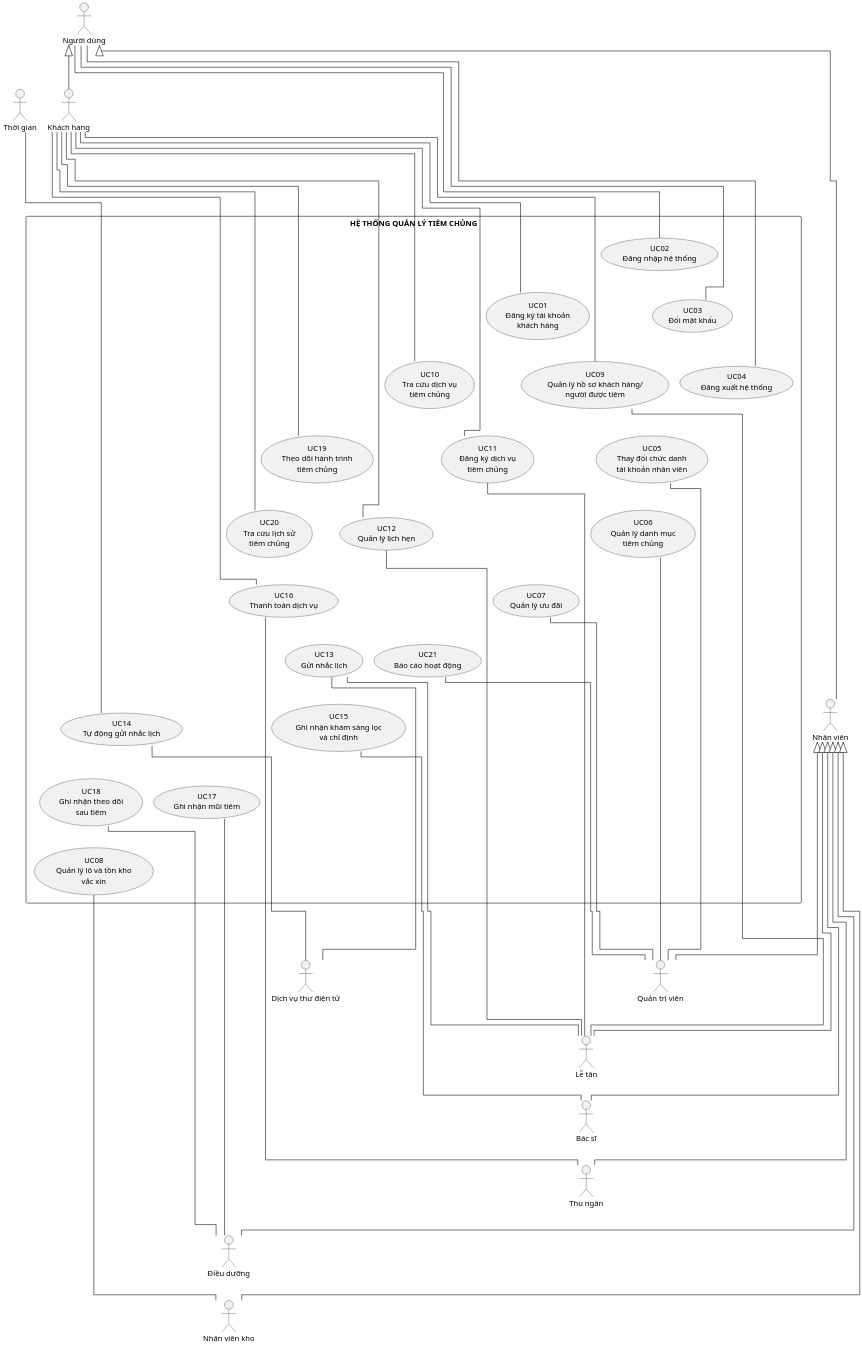
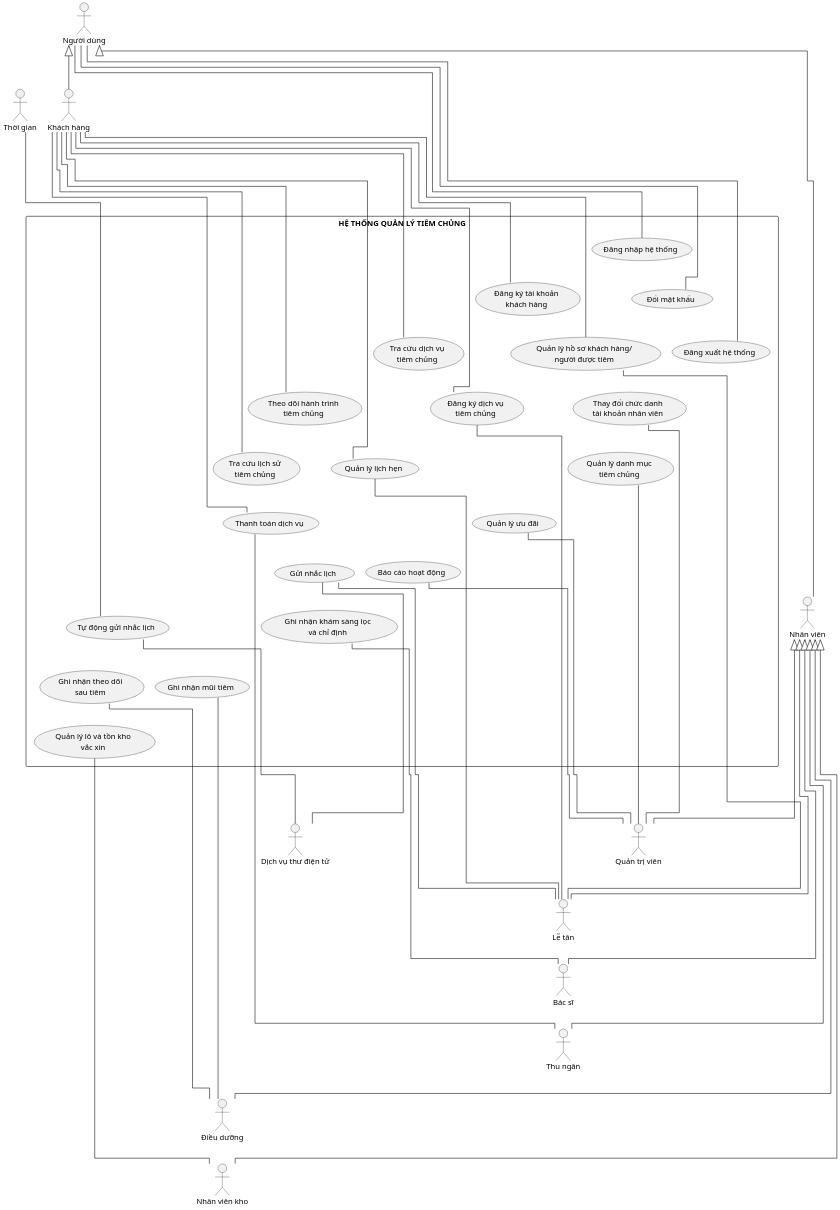
The diagram in docs/thesis/uml/Hinh_System_Use_Case_21UC_Full_Portrait.puml (datngo1203/KLCN-QuanLyTiemChung), drawn with PlantUML before and after one commit.

Commit message:
docs: hide UC codes in full overview labels

```diff
--- a/docs/thesis/uml/Hinh_System_Use_Case_21UC_Full_Portrait.puml
+++ b/docs/thesis/uml/Hinh_System_Use_Case_21UC_Full_Portrait.puml
@@ -1,158 +1,158 @@
 @startuml
 !pragma layout elk
 ' THESIS-R1 — full 21 System Use Case portrait prototype
 ' Semantic baseline: reconciliation v4, 21 UC / 27 direct associations / 8 actor generalizations.
 ' Presentation policy: show the full actor hierarchy; UC aliases remain for audit/traceability,
 ' while visible ellipse labels omit UC01..UC21 codes for thesis readability.
 ' Visual contract: A4 portrait, actor-centric fan-out, STRAIGHT-FIRST routing, no include/extend.
 
 skinparam monochrome true
 skinparam shadowing false
 skinparam backgroundColor white
 skinparam defaultFontName "Times New Roman"
 skinparam defaultFontSize 14
 skinparam ArrowColor black
 skinparam ActorBorderColor black
 skinparam UsecaseBorderColor black
 skinparam RectangleBorderColor black
 skinparam linetype ortho
 skinparam nodesep 28
 skinparam ranksep 34
 skinparam dpi 180
 skinparam packageStyle rectangle
 
 top to bottom direction
 
 actor "Người dùng" as User
 actor "Nhân viên" as Employee
 actor "Khách hàng" as Customer
 actor "Quản trị viên" as Admin
 actor "Lễ tân" as Reception
 actor "Bác sĩ" as Doctor
 actor "Thu ngân" as Cashier
 actor "Điều dưỡng" as Nurse
 actor "Nhân viên kho" as Warehouse
 actor "Thời gian" as Time
 actor "Dịch vụ thư điện tử" as Email
 
 rectangle "HỆ THỐNG QUẢN LÝ TIÊM CHỦNG" as SystemBoundary {
-  usecase "UC02\nĐăng nhập hệ thống" as UC02
-  usecase "UC03\nĐổi mật khẩu" as UC03
-  usecase "UC04\nĐăng xuất hệ thống" as UC04
+  usecase "Đăng nhập hệ thống" as UC02
+  usecase "Đổi mật khẩu" as UC03
+  usecase "Đăng xuất hệ thống" as UC04
 
-  usecase "UC01\nĐăng ký tài khoản\nkhách hàng" as UC01
-  usecase "UC09\nQuản lý hồ sơ khách hàng/\nngười được tiêm" as UC09
-  usecase "UC05\nThay đổi chức danh\ntài khoản nhân viên" as UC05
+  usecase "Đăng ký tài khoản\nkhách hàng" as UC01
+  usecase "Quản lý hồ sơ khách hàng/\nngười được tiêm" as UC09
+  usecase "Thay đổi chức danh\ntài khoản nhân viên" as UC05
 
-  usecase "UC10\nTra cứu dịch vụ\ntiêm chủng" as UC10
-  usecase "UC11\nĐăng ký dịch vụ\ntiêm chủng" as UC11
-  usecase "UC06\nQuản lý danh mục\ntiêm chủng" as UC06
+  usecase "Tra cứu dịch vụ\ntiêm chủng" as UC10
+  usecase "Đăng ký dịch vụ\ntiêm chủng" as UC11
+  usecase "Quản lý danh mục\ntiêm chủng" as UC06
 
-  usecase "UC19\nTheo dõi hành trình\ntiêm chủng" as UC19
-  usecase "UC12\nQuản lý lịch hẹn" as UC12
-  usecase "UC07\nQuản lý ưu đãi" as UC07
+  usecase "Theo dõi hành trình\ntiêm chủng" as UC19
+  usecase "Quản lý lịch hẹn" as UC12
+  usecase "Quản lý ưu đãi" as UC07
 
-  usecase "UC20\nTra cứu lịch sử\ntiêm chủng" as UC20
-  usecase "UC16\nThanh toán dịch vụ" as UC16
-  usecase "UC21\nBáo cáo hoạt động" as UC21
+  usecase "Tra cứu lịch sử\ntiêm chủng" as UC20
+  usecase "Thanh toán dịch vụ" as UC16
+  usecase "Báo cáo hoạt động" as UC21
 
-  usecase "UC13\nGửi nhắc lịch" as UC13
-  usecase "UC15\nGhi nhận khám sàng lọc\nvà chỉ định" as UC15
+  usecase "Gửi nhắc lịch" as UC13
+  usecase "Ghi nhận khám sàng lọc\nvà chỉ định" as UC15
 
-  usecase "UC14\nTự động gửi nhắc lịch" as UC14
-  usecase "UC17\nGhi nhận mũi tiêm" as UC17
+  usecase "Tự động gửi nhắc lịch" as UC14
+  usecase "Ghi nhận mũi tiêm" as UC17
 
-  usecase "UC18\nGhi nhận theo dõi\nsau tiêm" as UC18
-  usecase "UC08\nQuản lý lô và tồn kho\nvắc xin" as UC08
+  usecase "Ghi nhận theo dõi\nsau tiêm" as UC18
+  usecase "Quản lý lô và tồn kho\nvắc xin" as UC08
 
   ' Layout helpers only; no semantic meaning.
   UC02 -[hidden]right- UC03
   UC03 -[hidden]right- UC04
 
   UC01 -[hidden]right- UC09
   UC09 -[hidden]right- UC05
   UC10 -[hidden]right- UC11
   UC11 -[hidden]right- UC06
   UC19 -[hidden]right- UC12
   UC12 -[hidden]right- UC07
   UC20 -[hidden]right- UC16
   UC16 -[hidden]right- UC21
   UC13 -[hidden]right- UC15
   UC14 -[hidden]right- UC17
   UC18 -[hidden]right- UC08
 
   UC02 -[hidden]down- UC01
   UC01 -[hidden]down- UC10
   UC10 -[hidden]down- UC19
   UC19 -[hidden]down- UC20
   UC20 -[hidden]down- UC13
   UC13 -[hidden]down- UC14
   UC14 -[hidden]down- UC18
 
   UC03 -[hidden]down- UC09
   UC09 -[hidden]down- UC11
   UC11 -[hidden]down- UC12
   UC12 -[hidden]down- UC16
 
   UC04 -[hidden]down- UC05
   UC05 -[hidden]down- UC06
   UC06 -[hidden]down- UC07
   UC07 -[hidden]down- UC21
   UC21 -[hidden]down- UC15
   UC15 -[hidden]down- UC17
   UC17 -[hidden]down- UC08
 }
 ' Actor generalization — full semantic hierarchy.
 Customer -up-|> User
 Employee -left-|> User
 Admin -up-|> Employee
 Reception -up-|> Employee
 Doctor -up-|> Employee
 Cashier -up-|> Employee
 Nurse -up-|> Employee
 Warehouse -up-|> Employee
 
 ' Actor ordering helpers only.
 User -[hidden]right- Employee
 Admin -[hidden]down- Reception
 Reception -[hidden]down- Doctor
 Doctor -[hidden]down- Cashier
 Cashier -[hidden]down- Nurse
 Nurse -[hidden]down- Warehouse
 Time -[hidden]right- Email
 
 ' 27 direct actor–UC associations.
 User -- UC02
 User -- UC03
 User -- UC04
 
 Customer -right- UC01
 Customer -right- UC10
 Customer -right- UC19
 Customer -right- UC20
 Customer -right- UC09
 Customer -right- UC11
 Customer -right- UC12
 Customer -right- UC16
 
 UC09 -right- Reception
 UC11 -right- Reception
 UC12 -right- Reception
 UC13 -right- Reception
 
 UC05 -right- Admin
 UC06 -right- Admin
 UC07 -right- Admin
 UC21 -right- Admin
 
 UC15 -right- Doctor
 UC16 -right- Cashier
 UC17 -right- Nurse
 UC18 -right- Nurse
 UC08 -right- Warehouse
 
 Time -- UC14
 UC13 -- Email
 UC14 -- Email
 
 @enduml
```
